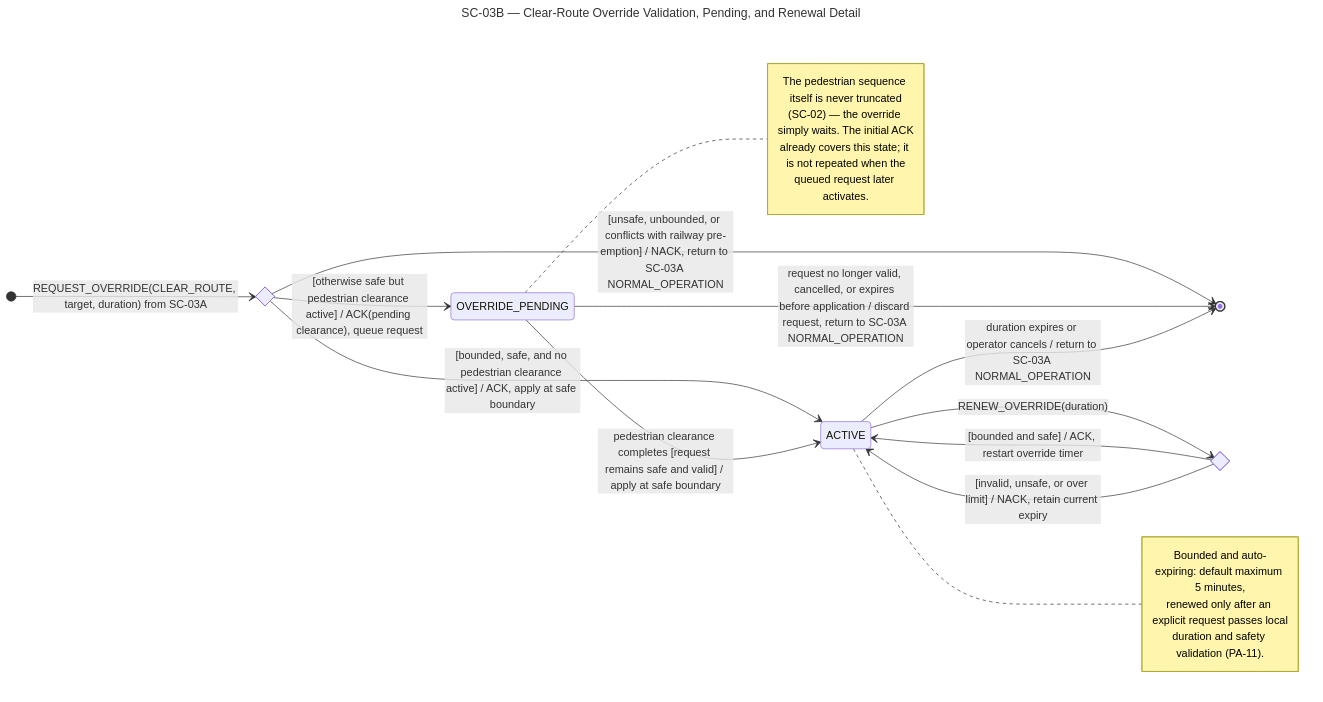
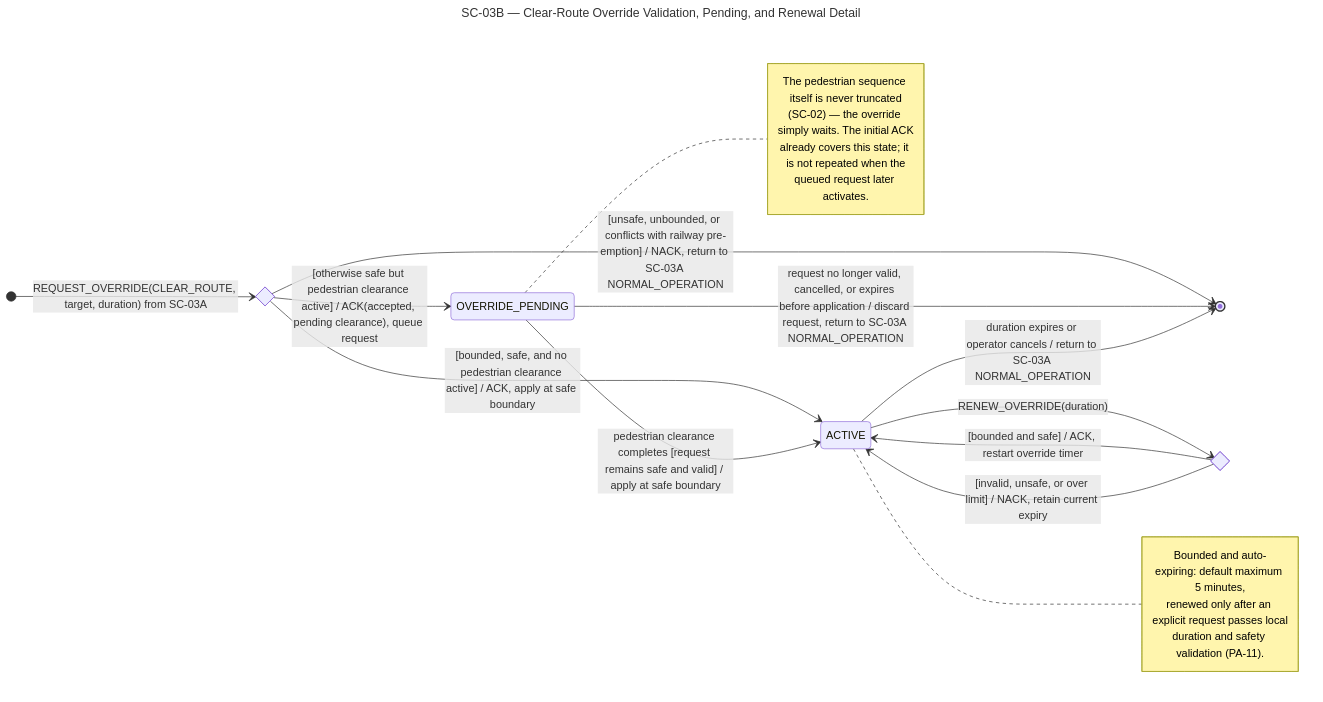
One commit to lucietran03/traffic-control-system changed the sixth of 9 diagrams in STATE_CHARTS.md. Above: the diagram before and after it, drawn with Mermaid. The commit also changed other lines of this file and 1 other file, not shown here.

````diff
--- a/STATE_CHARTS.md
+++ b/STATE_CHARTS.md
@@ -199,37 +199,37 @@
 ```mermaid
 ---
 title: SC-03B — Clear-Route Override Validation, Pending, and Renewal Detail
 ---
 stateDiagram-v2
     accTitle: SC-03B Clear-Route Override Validation, Pending, and Renewal Detail
     accDescr: Validation, pedestrian-clearance queueing, active operation, and validated renewal for a bounded Central clear-route override, entered from and exited to SC-03A.
     direction LR
 
     state override_validation <<choice>>
     [*] --> override_validation : REQUEST_OVERRIDE(CLEAR_ROUTE, target, duration) from SC-03A
     override_validation --> ACTIVE : [bounded, safe, and no pedestrian clearance active] / ACK, apply at safe boundary
-    override_validation --> OVERRIDE_PENDING : [otherwise safe but pedestrian clearance active] / ACK(pending clearance), queue request
+    override_validation --> OVERRIDE_PENDING : [otherwise safe but pedestrian clearance active] / ACK(accepted, pending clearance), queue request
     override_validation --> [*] : [unsafe, unbounded, or conflicts with railway pre-emption] / NACK, return to SC-03A NORMAL_OPERATION
 
     OVERRIDE_PENDING --> ACTIVE : pedestrian clearance completes [request remains safe and valid] / apply at safe boundary
     OVERRIDE_PENDING --> [*] : request no longer valid, cancelled, or expires before application / discard request, return to SC-03A NORMAL_OPERATION
 
     state renewal_validation <<choice>>
     ACTIVE --> renewal_validation : RENEW_OVERRIDE(duration)
     renewal_validation --> ACTIVE : [bounded and safe] / ACK, restart override timer
     renewal_validation --> ACTIVE : [invalid, unsafe, or over limit] / NACK, retain current expiry
     ACTIVE --> [*] : duration expires or operator cancels / return to SC-03A NORMAL_OPERATION
 
     note right of OVERRIDE_PENDING
         The pedestrian sequence itself is never truncated
         (SC-02) — the override simply waits. The initial ACK
         already covers this state; it is not repeated when the
         queued request later activates.
     end note
 
     note right of ACTIVE
         Bounded and auto-expiring: default maximum 5 minutes,
         renewed only after an explicit request passes local
         duration and safety validation (PA-11).
     end note
 ```
````
